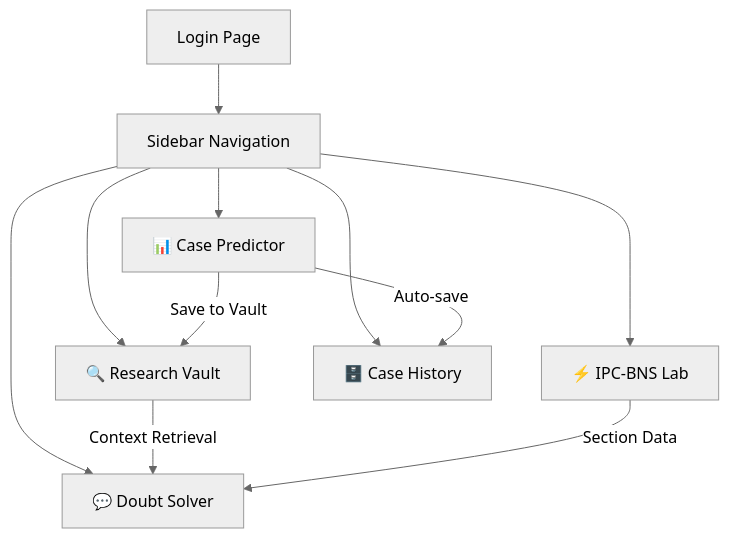
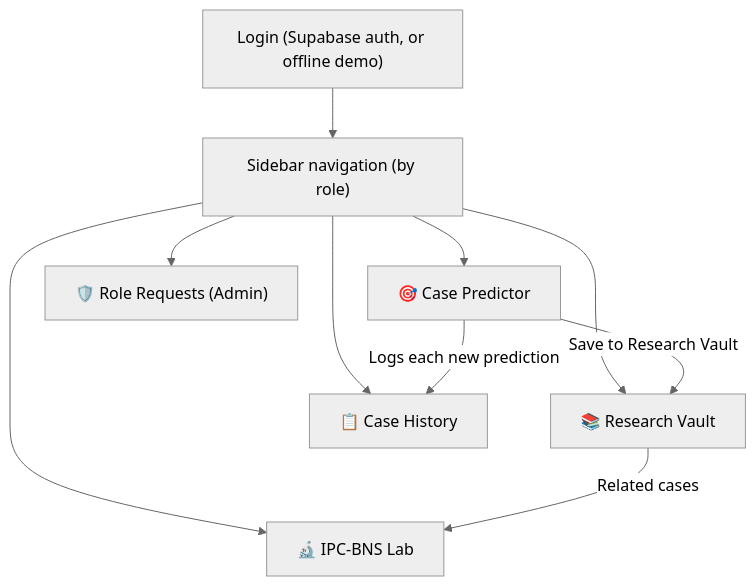
One commit to Bharambevaish/AI-for-Legal-Case changed the diagram in implementation_summary.md. Above: the diagram before and after it, drawn with Mermaid (neutral theme). The commit also changed other lines of this file and 77 other files, not shown here.

````diff
--- a/implementation_summary.md
+++ b/implementation_summary.md
@@ -10,14 +6,13 @@
 ```mermaid
 graph TD
-    A["Login Page"] --> B["Sidebar Navigation"]
-    B --> C["📊 Case Predictor"]
-    B --> D["🔍 Research Vault"]
-    B --> E["⚡ IPC-BNS Lab"]
-    B --> F["💬 Doubt Solver"]
-    B --> G["🗄️ Case History"]
-    
-    C -->|Save to Vault| D
-    C -->|Auto-save| G
-    D -->|Context Retrieval| F
-    E -->|Section Data| F
+    A["Login (Supabase auth, or offline demo)"] --> B["Sidebar navigation (by role)"]
+    B --> C["🎯 Case Predictor"]
+    B --> D["📚 Research Vault"]
+    B --> E["🔬 IPC-BNS Lab"]
+    B --> F["📋 Case History"]
+    B --> G["🛡️ Role Requests (Admin)"]
+
+    C -->|Save to Research Vault| D
+    C -->|Logs each new prediction| F
+    D -->|Related cases| E
 ```
````
